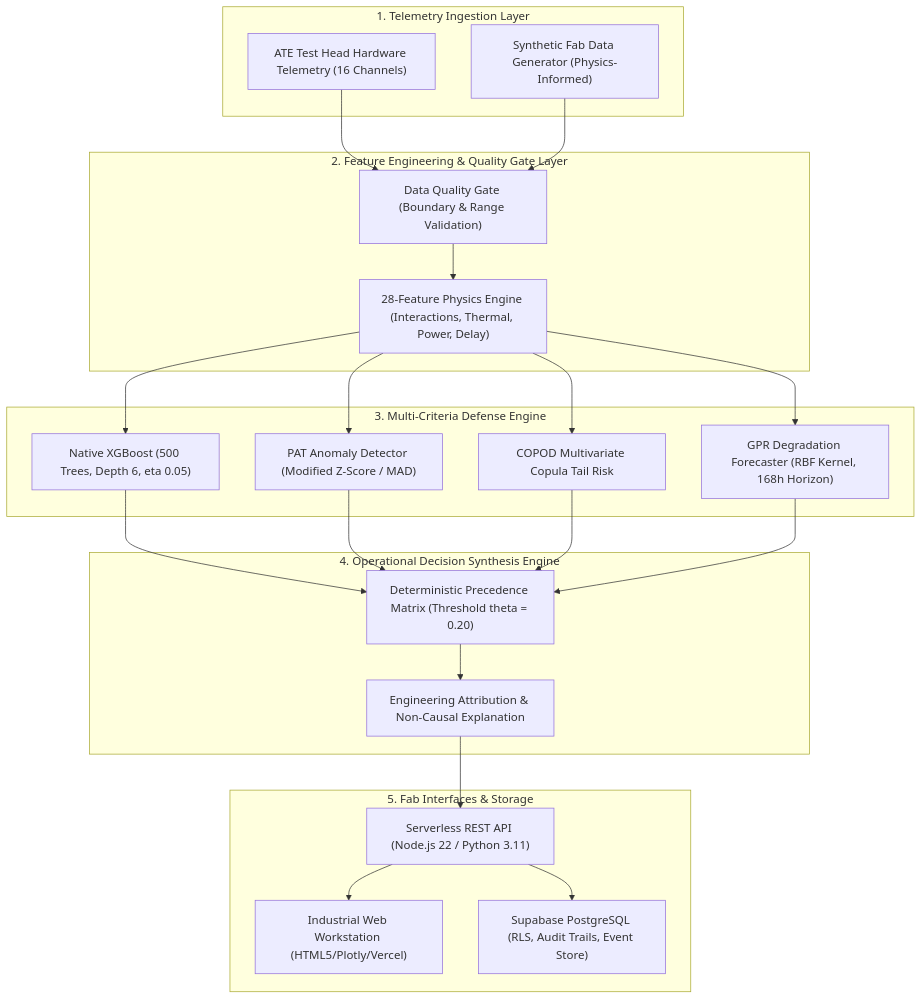
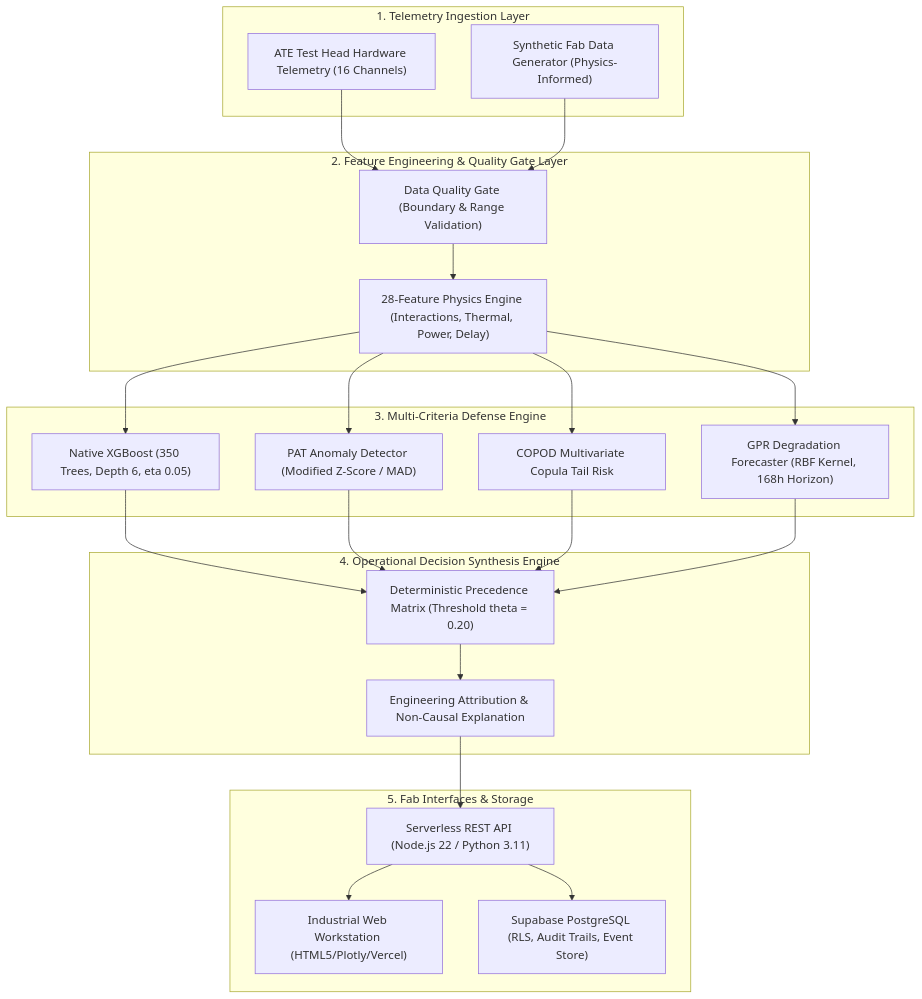
Before and after one commit to umeshpandeysh/predicta-26: the diagram in CONTENT.md, drawn with Mermaid. The commit also changed other lines of this file and 19 other files, not shown here.

````diff
--- a/CONTENT.md
+++ b/CONTENT.md
@@ -84,46 +84,46 @@
 ```mermaid
 flowchart TD
     subgraph INGESTION["1. Telemetry Ingestion Layer"]
         ATE["ATE Test Head Hardware Telemetry (16 Channels)"]
         SYNTH["Synthetic Fab Data Generator (Physics-Informed)"]
     end
 
     subgraph PREPROC["2. Feature Engineering & Quality Gate Layer"]
         VAL["Data Quality Gate (Boundary & Range Validation)"]
         FE["28-Feature Physics Engine (Interactions, Thermal, Power, Delay)"]
     end
 
     subgraph ENSEMBLE["3. Multi-Criteria Defense Engine"]
-        XGB["Native XGBoost (500 Trees, Depth 6, eta 0.05)"]
+        XGB["Native XGBoost (350 Trees, Depth 6, eta 0.05)"]
         PAT["PAT Anomaly Detector (Modified Z-Score / MAD)"]
         COPOD["COPOD Multivariate Copula Tail Risk"]
         GPR["GPR Degradation Forecaster (RBF Kernel, 168h Horizon)"]
     end
 
     subgraph DISPOSITION["4. Operational Decision Synthesis Engine"]
         RULES["Deterministic Precedence Matrix (Threshold theta = 0.20)"]
         EXP["Engineering Attribution & Non-Causal Explanation"]
     end
 
     subgraph CONSUMPTION["5. Fab Interfaces & Storage"]
         DASH["Industrial Web Workstation (HTML5/Plotly/Vercel)"]
         API["Serverless REST API (Node.js 22 / Python 3.11)"]
         DB["Supabase PostgreSQL (RLS, Audit Trails, Event Store)"]
     end
 
     ATE --> VAL
     SYNTH --> VAL
     VAL --> FE
     FE --> XGB
     FE --> PAT
     FE --> COPOD
     FE --> GPR
     XGB --> RULES
     PAT --> RULES
     COPOD --> RULES
     GPR --> RULES
     RULES --> EXP
     EXP --> API
     API --> DASH
     API --> DB
 ```
````
